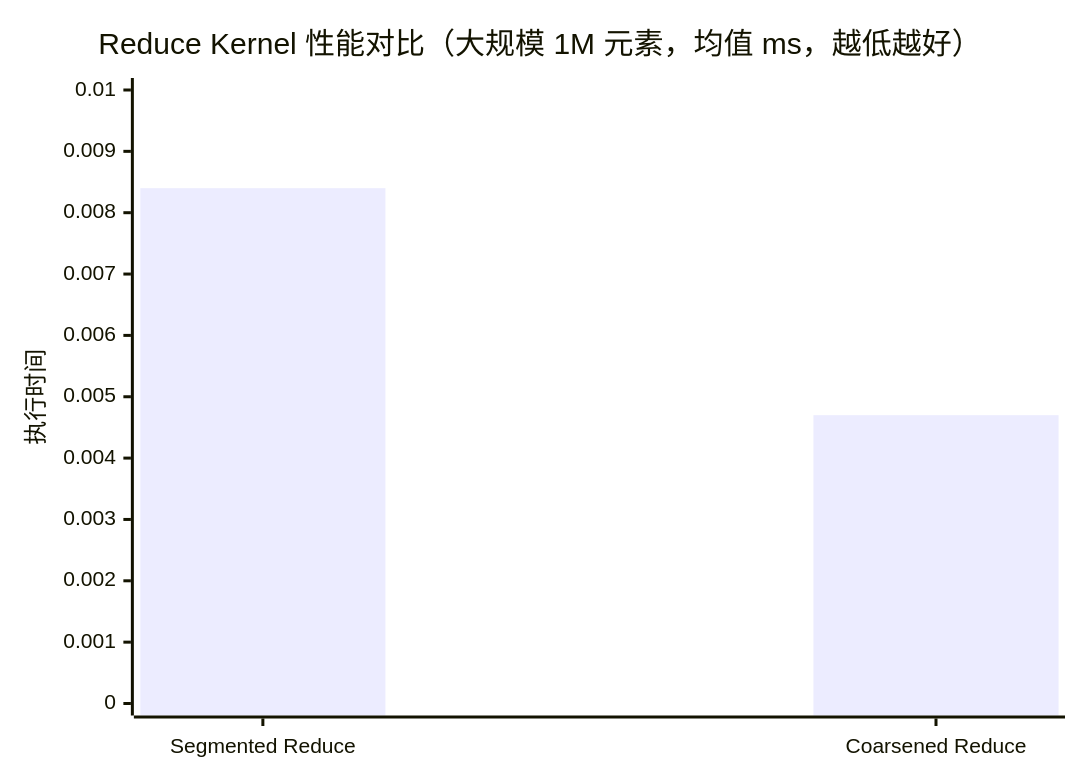
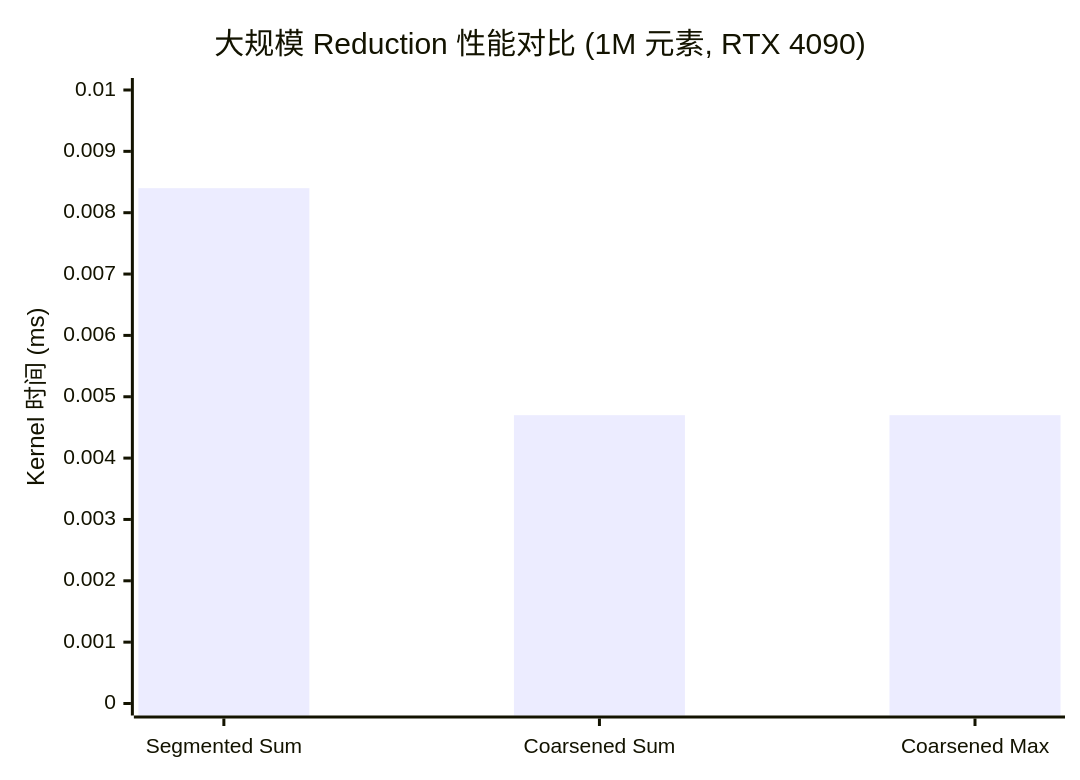
One commit to psmarter/CUDA-Practice changed the second of 2 diagrams in Blogs/02_Reduction_Tree_Algo_and_Coarsening.md. Above: the diagram before and after it, drawn with Mermaid. The commit also changed other lines of this file and 21 other files, not shown here.

````diff
--- a/Blogs/02_Reduction_Tree_Algo_and_Coarsening.md
+++ b/Blogs/02_Reduction_Tree_Algo_and_Coarsening.md
@@ -135,7 +194,7 @@
 ```mermaid
 xychart-beta
-  title "Reduce Kernel 性能对比（大规模 1M 元素，均值 ms，越低越好）"
-  x-axis ["Segmented Reduce", "Coarsened Reduce"]
-  y-axis "执行时间" 0 --> 0.010
-  bar [0.0084, 0.0047]
+  title "大规模 Reduction 性能对比 (1M 元素, RTX 4090)"
+  x-axis ["Segmented Sum", "Coarsened Sum", "Coarsened Max"]
+  y-axis "Kernel 时间 (ms)" 0 --> 0.01
+  bar [0.0084, 0.0047, 0.0047]
 ```
````
